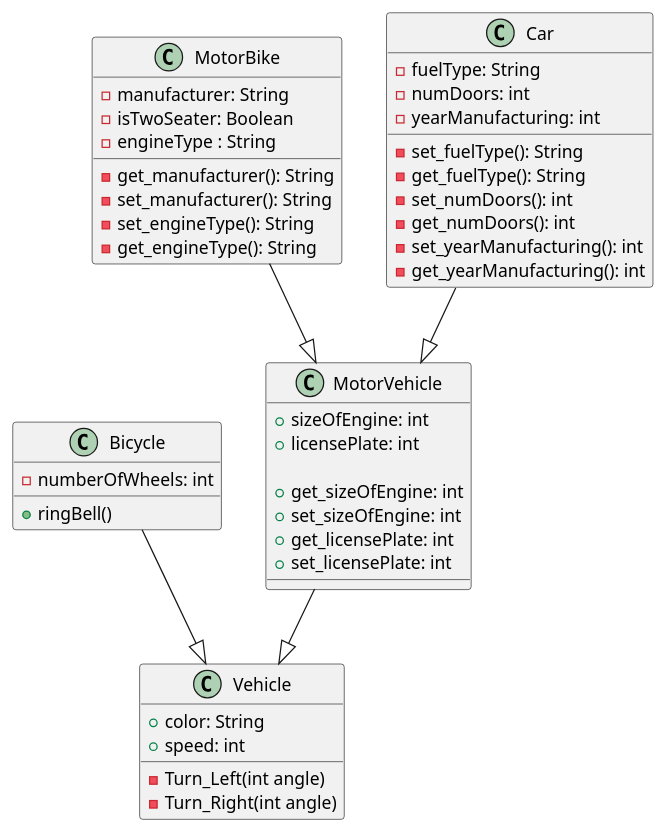
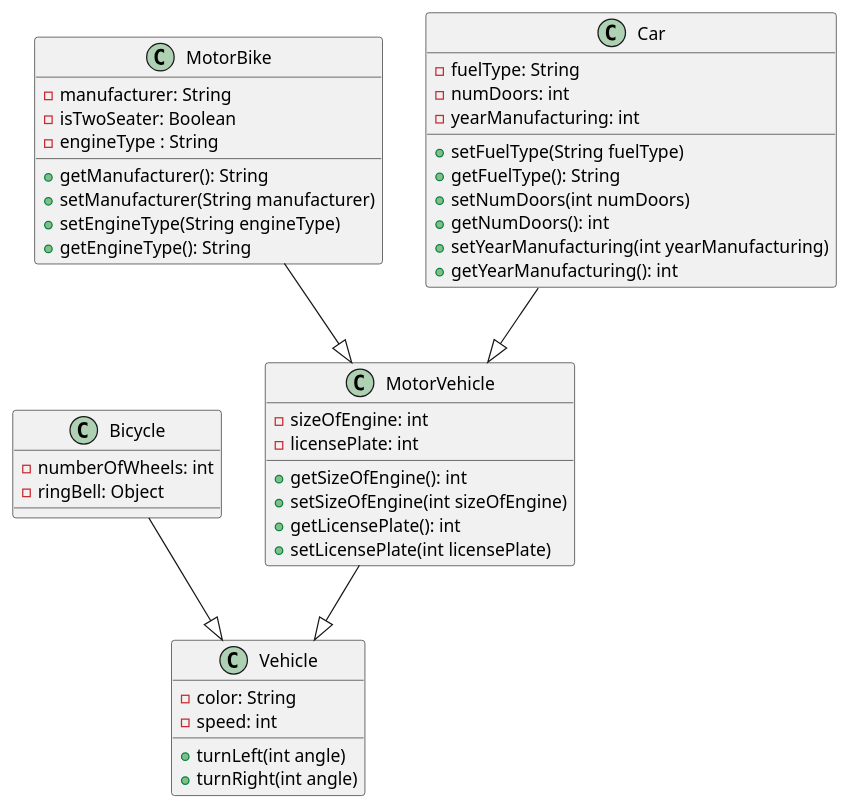
Before and after one commit to ronaldngounou/FoundSoftEng: the diagram in Project1/project1.wsd, drawn with PlantUML. The commit also changed 2 other files, not shown here.

```diff
--- a/Project1/project1.wsd
+++ b/Project1/project1.wsd
@@ -4,61 +4,62 @@
 @startuml
 
 class Vehicle {
- +color: String
- +speed: int
- -Turn_Left(int angle)
- -Turn_Right(int angle)
+ -color: String
+ -speed: int
+
+ +turnLeft(int angle)
+ +turnRight(int angle)
   
 }
 
 
 class Bicycle{
 -numberOfWheels: int
-+ringBell()
+-ringBell: Object 
 }
 
 class MotorVehicle{
-+ sizeOfEngine: int
-+ licensePlate: int
+- sizeOfEngine: int
+- licensePlate: int
 
-+ get_sizeOfEngine: int
-+ set_sizeOfEngine: int
-+ get_licensePlate: int
-+ set_licensePlate: int
++ getSizeOfEngine(): int
++ setSizeOfEngine(int sizeOfEngine)
++ getLicensePlate(): int
++ setLicensePlate(int licensePlate)
 
 }
 
 class MotorBike{
 - manufacturer: String
 - isTwoSeater: Boolean
 - engineType : String
 
-- get_manufacturer(): String
-- set_manufacturer(): String
-- set_engineType(): String
-- get_engineType(): String
++ getManufacturer(): String
++ setManufacturer(String manufacturer)
++ setEngineType(String engineType)
++ getEngineType(): String
 }
 
 class Car{
 - fuelType: String
 - numDoors: int
 - yearManufacturing: int
 
-- set_fuelType(): String
-- get_fuelType(): String
-- set_numDoors(): int
-- get_numDoors(): int
-- set_yearManufacturing(): int
-- get_yearManufacturing(): int
++ setFuelType(String fuelType)
++ getFuelType(): String
++ setNumDoors(int numDoors)
++ getNumDoors(): int
++ setYearManufacturing(int yearManufacturing)
++ getYearManufacturing(): int
 }
 
 MotorVehicle --|> Vehicle 
 
 Bicycle  --|> Vehicle 
 
 MotorBike --|> MotorVehicle 
 
 Car --|> MotorVehicle
 
 
 @enduml
```
